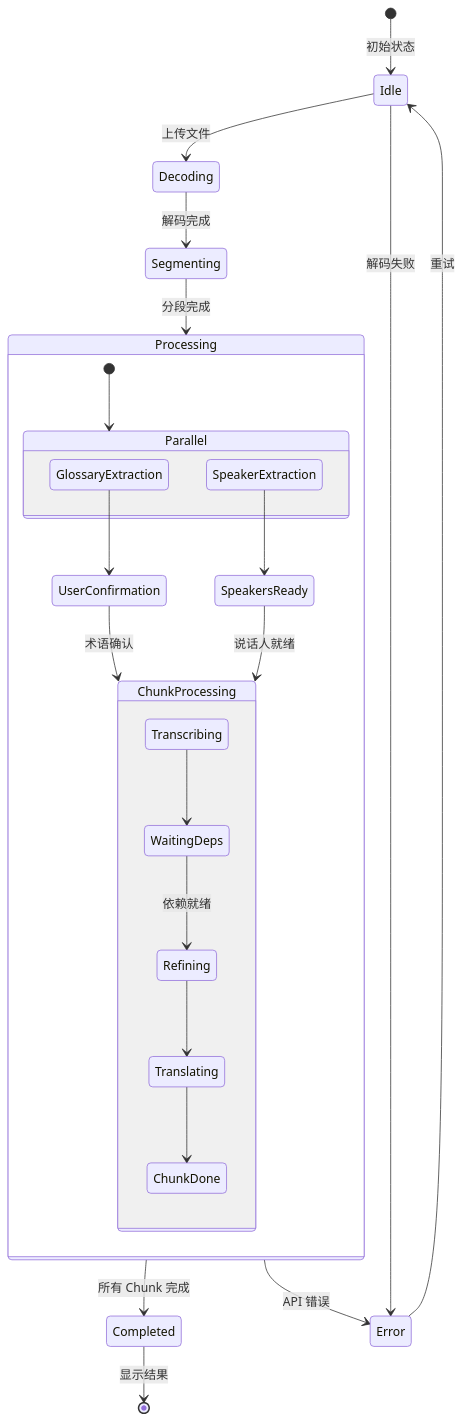
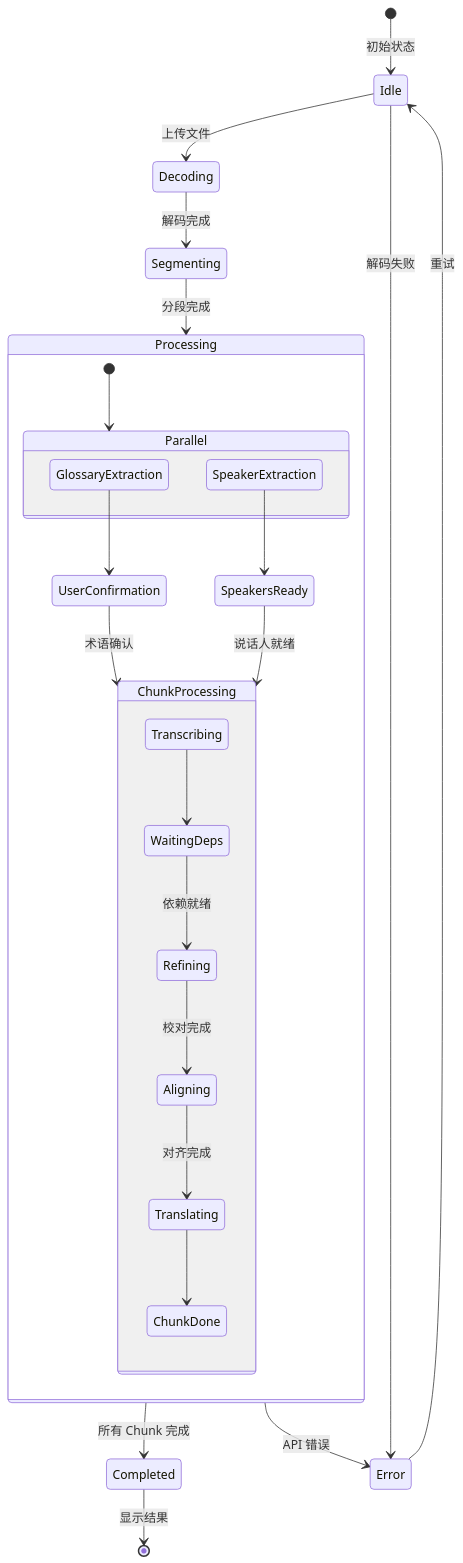
Diagram 14 of 15 in docs/ARCHITECTURE_zh.md (corvo007/Gemini-Subtitle-Pro), drawn with Mermaid before and after one commit. The commit also changed other lines of this file and 3 other files, not shown here.

First line of the commit message:
docs: update architecture with reconciler and CTC aligner

````diff
--- a/docs/ARCHITECTURE_zh.md
+++ b/docs/ARCHITECTURE_zh.md
@@ -1181,34 +1241,35 @@
 ```mermaid
 stateDiagram-v2
     [*] --> Idle: 初始状态
 
     Idle --> Decoding: 上传文件
     Decoding --> Segmenting: 解码完成
     Segmenting --> Processing: 分段完成
 
     state Processing {
         [*] --> Parallel
 
         state Parallel {
             GlossaryExtraction --> UserConfirmation
             SpeakerExtraction --> SpeakersReady
         }
 
         state ChunkProcessing {
             Transcribing --> WaitingDeps
             WaitingDeps --> Refining: 依赖就绪
-            Refining --> Translating
+            Refining --> Aligning: 校对完成
+            Aligning --> Translating: 对齐完成
             Translating --> ChunkDone
         }
 
         UserConfirmation --> ChunkProcessing: 术语确认
         SpeakersReady --> ChunkProcessing: 说话人就绪
     }
 
     Processing --> Completed: 所有 Chunk 完成
     Completed --> [*]: 显示结果
 
     Idle --> Error: 解码失败
     Processing --> Error: API 错误
     Error --> Idle: 重试
 ```
````
